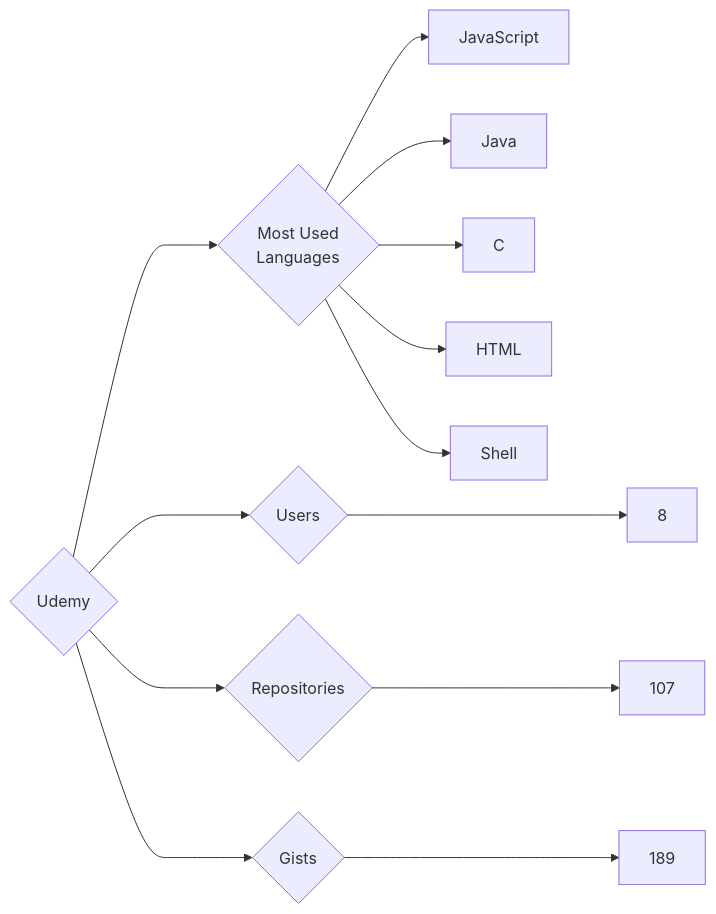
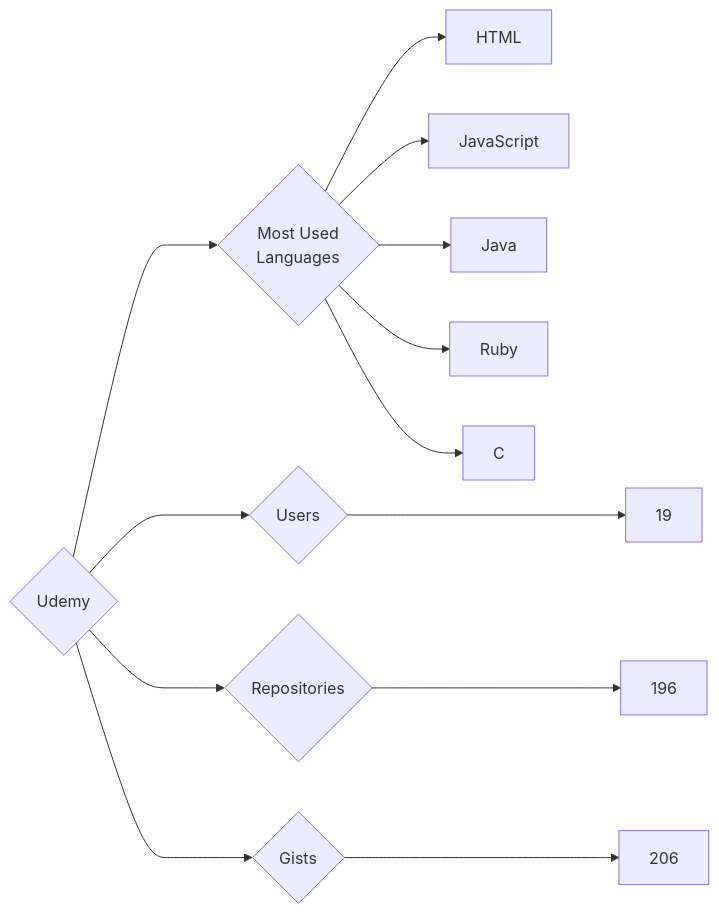
The diagram in targets/Udemy/README.md (trickest/insiders), drawn with Mermaid before and after one commit. The commit also changed 534 other files, not shown here.

````diff
--- a/targets/Udemy/README.md
+++ b/targets/Udemy/README.md
@@ -3,13 +3,13 @@
 ```mermaid
 graph LR
 COMPANY_NAME{Udemy}
-COMPANY_NAME ---> U{Users} ---> UN[8]
-COMPANY_NAME ---> R{Repositories} ---> RN[107]
-COMPANY_NAME ---> G{Gists} ---> GN[189]
+COMPANY_NAME ---> U{Users} ---> UN[19]
+COMPANY_NAME ---> R{Repositories} ---> RN[196]
+COMPANY_NAME ---> G{Gists} ---> GN[206]
 COMPANY_NAME ---> ML{Most Used<br>Languages}
+ML --> HTML[HTML]
 ML --> JavaScript[JavaScript]
 ML --> Java[Java]
+ML --> Ruby[Ruby]
 ML --> C[C]
-ML --> HTML[HTML]
-ML --> Shell[Shell]
 ```
````
